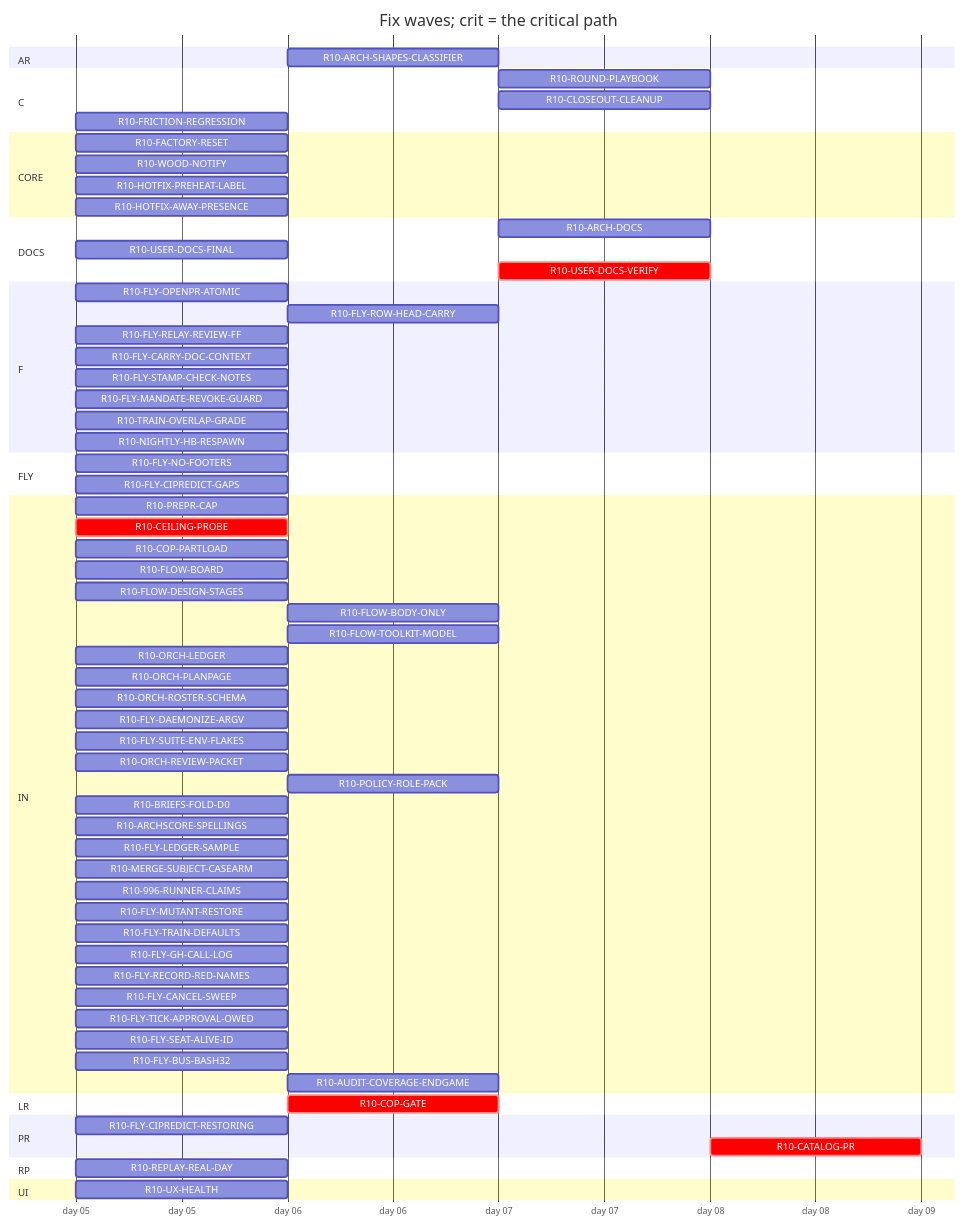
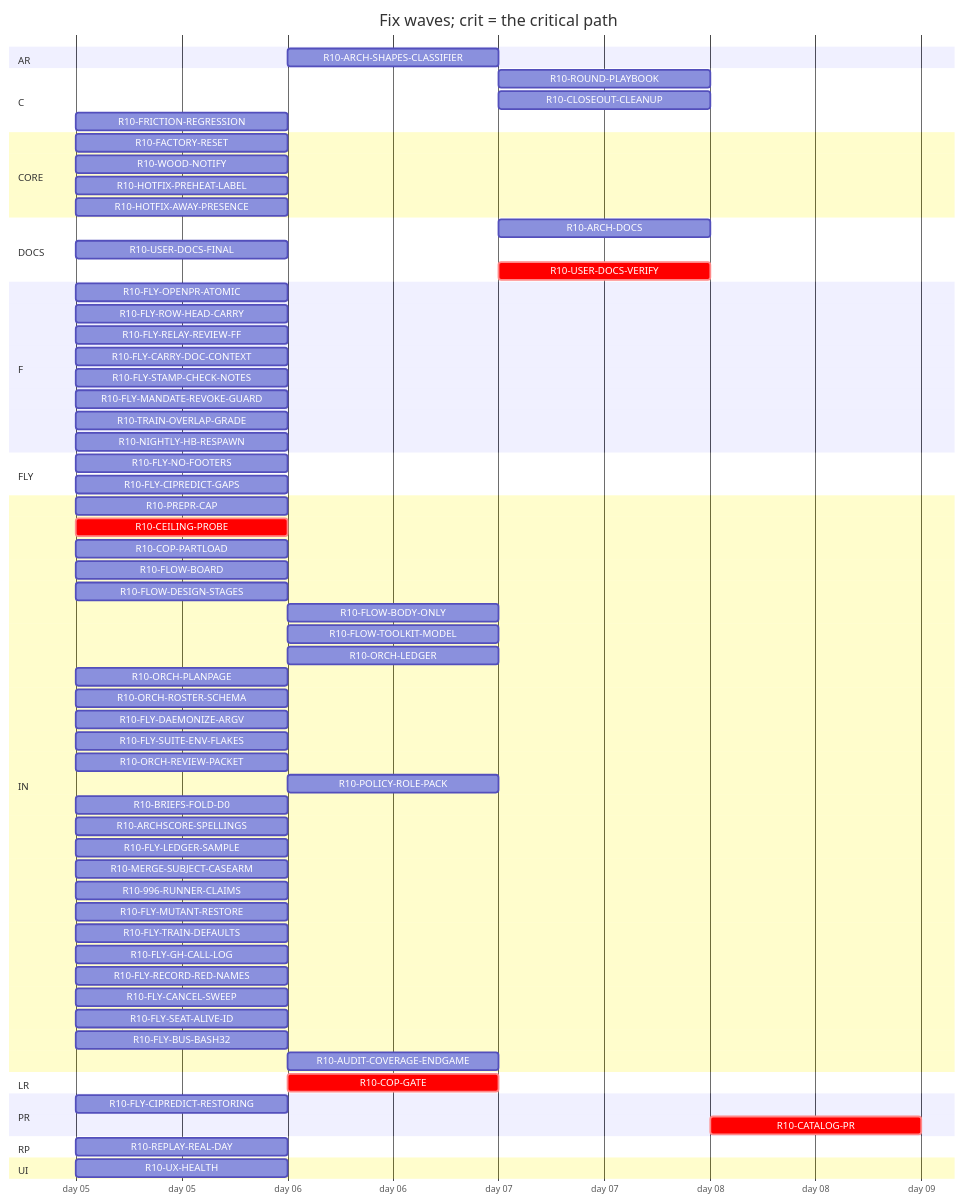
The diagram in handoff/round10/state/PLAN-TABLE.md (tvofi/heatpump_optimizer), drawn with Mermaid before and after one commit. The commit also changed other lines of this file and 3 other files, not shown here.

Commit message:
state: FLOW-BOARD.md, NEXT-SESSION-PROMPT.md, PLAN-TABLE.md, RESUME-CURRENT.md regenerated (state_docs.py)

````diff
--- a/handoff/round10/state/PLAN-TABLE.md
+++ b/handoff/round10/state/PLAN-TABLE.md
@@ -24,71 +24,70 @@
 ```mermaid
 gantt
   title Fix waves; crit = the critical path
   dateFormat YYYY-MM-DD
   axisFormat day %d
   section AR
     R10-ARCH-SHAPES-CLASSIFIER :r10ARCHSHAPESCLASSIFIER, after r10996RUNNERCLAIMS, 1d
   section C
     R10-ROUND-PLAYBOOK :r10ROUNDPLAYBOOK, after r10ORCHLEDGER r10ORCHPLANPAGE r10FLYRELAYREVIEWFF r10FLOWBODYONLY r10AUDITCOVERAGEENDGAME, 1d
     R10-CLOSEOUT-CLEANUP :r10CLOSEOUTCLEANUP, after r10AUDITCOVERAGEENDGAME, 1d
     R10-FRICTION-REGRESSION :r10FRICTIONREGRESSION, 2026-01-05, 1d
   section CORE
     R10-FACTORY-RESET :r10FACTORYRESET, 2026-01-05, 1d
     R10-WOOD-NOTIFY :r10WOODNOTIFY, 2026-01-05, 1d
     R10-HOTFIX-PREHEAT-LABEL :r10HOTFIXPREHEATLABEL, 2026-01-05, 1d
     R10-HOTFIX-AWAY-PRESENCE :r10HOTFIXAWAYPRESENCE, 2026-01-05, 1d
   section DOCS
     R10-ARCH-DOCS :r10ARCHDOCS, after r10COPGATE r10UXHEALTH r10CEILINGPROBE r10COPPARTLOAD r10FLOWBOARD r10FLOWDESIGNSTAGES r10FLOWBODYONLY r10FLYOPENPRATOMIC r10FLYROWHEADCARRY r10FLYRELAYREVIEWFF r10FLYCARRYDOCCONTEXT r10FLOWTOOLKITMODEL r10FLYSTAMPCHECKNOTES r10FLYMANDATEREVOKEGUARD r10TRAINOVERLAPGRADE r10NIGHTLYHBRESPAWN r10ORCHLEDGER r10ORCHPLANPAGE r10ORCHROSTERSCHEMA r10FLYDAEMONIZEARGV r10ORCHREVIEWPACKET r10POLICYROLEPACK r10BRIEFSFOLDD0 r10REPLAYREALDAY r10ARCHSCORESPELLINGS r10FLYLEDGERSAMPLE, 1d
     R10-USER-DOCS-FINAL :r10USERDOCSFINAL, 2026-01-05, 1d
-    R10-USER-DOCS-VERIFY :crit, r10USERDOCSVERIFY, after r10COPGATE r10UXHEALTH r10CEILINGPROBE r10COPPARTLOAD r10FLOWBOARD r10FLOWDESIGNSTAGES r10FLOWBODYONLY r10FLYOPENPRATOMIC r10FLYROWHEADCARRY r10FLYRELAYREVIEWFF r10FLYCARRYDOCCONTEXT r10FLOWTOOLKITMODEL r10FLYSTAMPCHECKNOTES r10FLYMANDATEREVOKEGUARD r10TRAINOVERLAPGRADE r10NIGHTLYHBRESPAWN r10ORCHLEDGER r10ORCHPLANPAGE r10ORCHROSTERSCHEMA r10FLYDAEMONIZEARGV r10ORCHREVIEWPACKET r10POLICYROLEPACK r10BRIEFSFOLDD0 r10REPLAYREALDAY r10ARCHSCORESPELLINGS r10FLYLEDGERSAMPLE r10FACTORYRESET r10WOODNOTIFY r10USERDOCSFINAL r10ARCHSHAPESCLASSIFIER, 1d
+    R10-USER-DOCS-VERIFY :crit, r10USERDOCSVERIFY, after r10COPGATE r10UXHEALTH r10CEILINGPROBE r10COPPARTLOAD r10FACTORYRESET r10WOODNOTIFY r10USERDOCSFINAL r10ARCHSHAPESCLASSIFIER r10HOTFIXAWAYPRESENCE, 1d
   section F
     R10-FLY-OPENPR-ATOMIC :r10FLYOPENPRATOMIC, 2026-01-05, 1d
-    R10-FLY-ROW-HEAD-CARRY :r10FLYROWHEADCARRY, after r10FLYOPENPRATOMIC, 1d
+    R10-FLY-ROW-HEAD-CARRY :r10FLYROWHEADCARRY, 2026-01-05, 1d
     R10-FLY-RELAY-REVIEW-FF :r10FLYRELAYREVIEWFF, 2026-01-05, 1d
     R10-FLY-CARRY-DOC-CONTEXT :r10FLYCARRYDOCCONTEXT, 2026-01-05, 1d
     R10-FLY-STAMP-CHECK-NOTES :r10FLYSTAMPCHECKNOTES, 2026-01-05, 1d
     R10-FLY-MANDATE-REVOKE-GUARD :r10FLYMANDATEREVOKEGUARD, 2026-01-05, 1d
     R10-TRAIN-OVERLAP-GRADE :r10TRAINOVERLAPGRADE, 2026-01-05, 1d
     R10-NIGHTLY-HB-RESPAWN :r10NIGHTLYHBRESPAWN, 2026-01-05, 1d
   section FLY
     R10-FLY-NO-FOOTERS :r10FLYNOFOOTERS, 2026-01-05, 1d
     R10-FLY-CIPREDICT-GAPS :r10FLYCIPREDICTGAPS, 2026-01-05, 1d
   section IN
     R10-PREPR-CAP :r10PREPRCAP, 2026-01-05, 1d
     R10-CEILING-PROBE :crit, r10CEILINGPROBE, 2026-01-05, 1d
     R10-COP-PARTLOAD :r10COPPARTLOAD, 2026-01-05, 1d
     R10-FLOW-BOARD :r10FLOWBOARD, 2026-01-05, 1d
     R10-FLOW-DESIGN-STAGES :r10FLOWDESIGNSTAGES, 2026-01-05, 1d
     R10-FLOW-BODY-ONLY :r10FLOWBODYONLY, after r10FLYOPENPRATOMIC, 1d
-    R10-FLOW-TOOLKIT-MODEL :r10FLOWTOOLKITMODEL, after r10ORCHPLANPAGE, 1d
-    R10-ORCH-LEDGER :r10ORCHLEDGER, 2026-01-05, 1d
+    R10-FLOW-TOOLKIT-MODEL :r10FLOWTOOLKITMODEL, after r10ORCHPLANPAGE r10FLYCANCELSWEEP, 1d
+    R10-ORCH-LEDGER :r10ORCHLEDGER, after r10FLYCANCELSWEEP, 1d
     R10-ORCH-PLANPAGE :r10ORCHPLANPAGE, 2026-01-05, 1d
     R10-ORCH-ROSTER-SCHEMA :r10ORCHROSTERSCHEMA, 2026-01-05, 1d
     R10-FLY-DAEMONIZE-ARGV :r10FLYDAEMONIZEARGV, 2026-01-05, 1d
     R10-FLY-SUITE-ENV-FLAKES :r10FLYSUITEENVFLAKES, 2026-01-05, 1d
     R10-ORCH-REVIEW-PACKET :r10ORCHREVIEWPACKET, 2026-01-05, 1d
     R10-POLICY-ROLE-PACK :r10POLICYROLEPACK, after r10FLOWDESIGNSTAGES, 1d
     R10-BRIEFS-FOLD-D0 :r10BRIEFSFOLDD0, 2026-01-05, 1d
     R10-ARCHSCORE-SPELLINGS :r10ARCHSCORESPELLINGS, 2026-01-05, 1d
     R10-FLY-LEDGER-SAMPLE :r10FLYLEDGERSAMPLE, 2026-01-05, 1d
     R10-MERGE-SUBJECT-CASEARM :r10MERGESUBJECTCASEARM, 2026-01-05, 1d
     R10-996-RUNNER-CLAIMS :r10996RUNNERCLAIMS, 2026-01-05, 1d
     R10-FLY-MUTANT-RESTORE :r10FLYMUTANTRESTORE, 2026-01-05, 1d
     R10-FLY-TRAIN-DEFAULTS :r10FLYTRAINDEFAULTS, 2026-01-05, 1d
     R10-FLY-GH-CALL-LOG :r10FLYGHCALLLOG, 2026-01-05, 1d
     R10-FLY-RECORD-RED-NAMES :r10FLYRECORDREDNAMES, 2026-01-05, 1d
     R10-FLY-CANCEL-SWEEP :r10FLYCANCELSWEEP, 2026-01-05, 1d
-    R10-FLY-TICK-APPROVAL-OWED :r10FLYTICKAPPROVALOWED, 2026-01-05, 1d
     R10-FLY-SEAT-ALIVE-ID :r10FLYSEATALIVEID, 2026-01-05, 1d
     R10-FLY-BUS-BASH32 :r10FLYBUSBASH32, 2026-01-05, 1d
     R10-AUDIT-COVERAGE-ENDGAME :r10AUDITCOVERAGEENDGAME, after r10FLYMUTANTRESTORE r10996RUNNERCLAIMS, 1d
   section LR
     R10-COP-GATE :crit, r10COPGATE, after r10CEILINGPROBE, 1d
   section PR
     R10-FLY-CIPREDICT-RESTORING :r10FLYCIPREDICTRESTORING, 2026-01-05, 1d
     R10-CATALOG-PR :crit, r10CATALOGPR, after r10USERDOCSVERIFY r10AUDITCOVERAGEENDGAME, 1d
   section RP
     R10-REPLAY-REAL-DAY :r10REPLAYREALDAY, 2026-01-05, 1d
   section UI
     R10-UX-HEALTH :r10UXHEALTH, 2026-01-05, 1d
 ```
````
